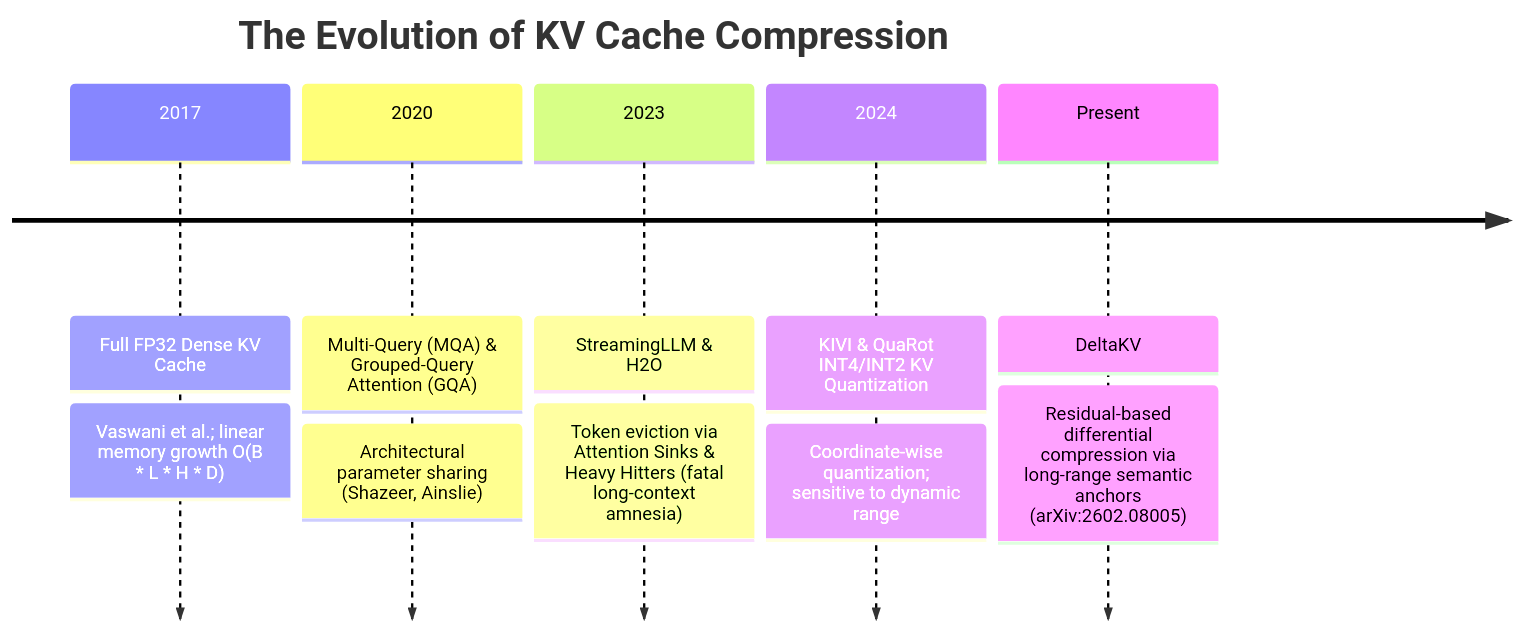
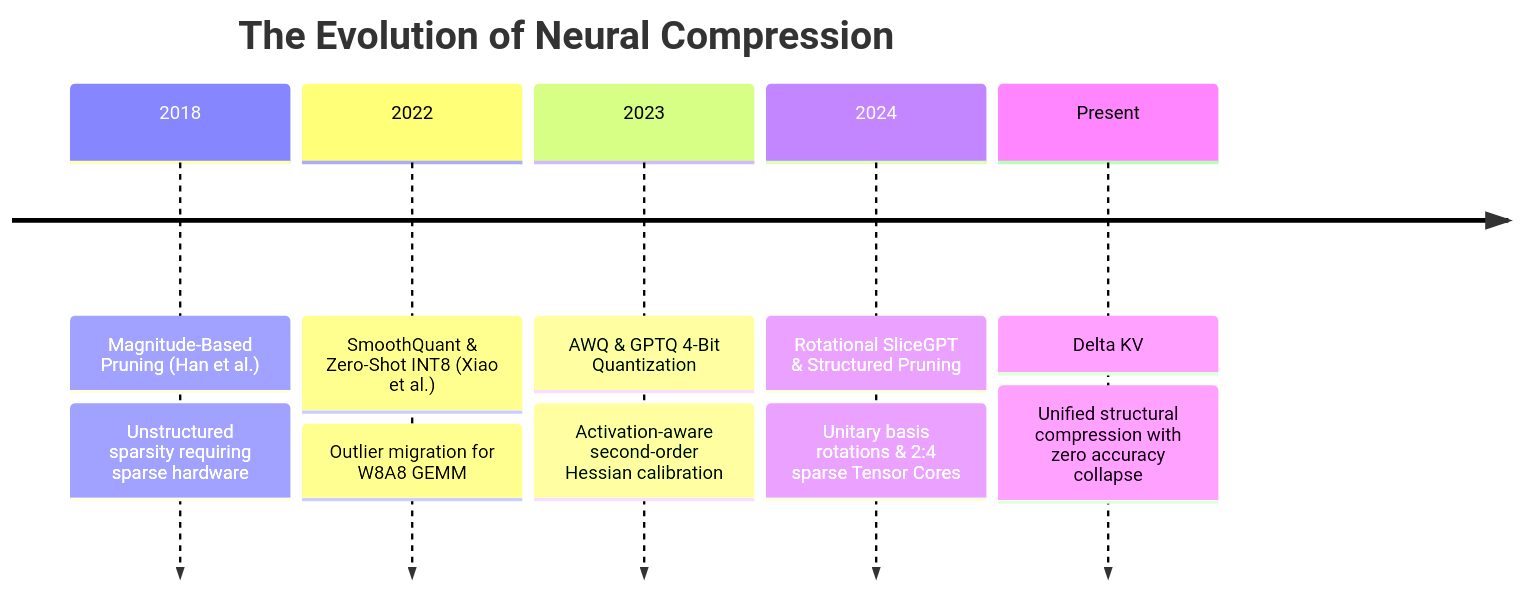
One commit to tahamajs/NeuralOps changed the first of 2 diagrams in Docs/content/compressions_blog/delta_kv_blog.md. Above: the diagram before and after it, drawn with Mermaid. The commit also changed other lines of this file and 193 other files, not shown here.

````diff
--- a/Docs/content/compressions_blog/delta_kv_blog.md
+++ b/Docs/content/compressions_blog/delta_kv_blog.md
@@ -71,9 +56,9 @@
 ```mermaid
 timeline
-    title The Evolution of KV Cache Compression
-    2017 : Full FP32 Dense KV Cache : Vaswani et al.; linear memory growth O(B * L * H * D)
-    2020 : Multi-Query (MQA) & Grouped-Query Attention (GQA) : Architectural parameter sharing (Shazeer, Ainslie)
-    2023 : StreamingLLM & H2O : Token eviction via Attention Sinks & Heavy Hitters (fatal long-context amnesia)
-    2024 : KIVI & QuaRot INT4/INT2 KV Quantization : Coordinate-wise quantization; sensitive to dynamic range
-    Present : DeltaKV : Residual-based differential compression via long-range semantic anchors (arXiv:2602.08005)
+    title The Evolution of Neural Compression
+    2018 : Magnitude-Based Pruning (Han et al.) : Unstructured sparsity requiring sparse hardware
+    2022 : SmoothQuant & Zero-Shot INT8 (Xiao et al.) : Outlier migration for W8A8 GEMM
+    2023 : AWQ & GPTQ 4-Bit Quantization : Activation-aware second-order Hessian calibration
+    2024 : Rotational SliceGPT & Structured Pruning : Unitary basis rotations & 2:4 sparse Tensor Cores
+    Present : Delta KV : Unified structural compression with zero accuracy collapse
 ```
````
